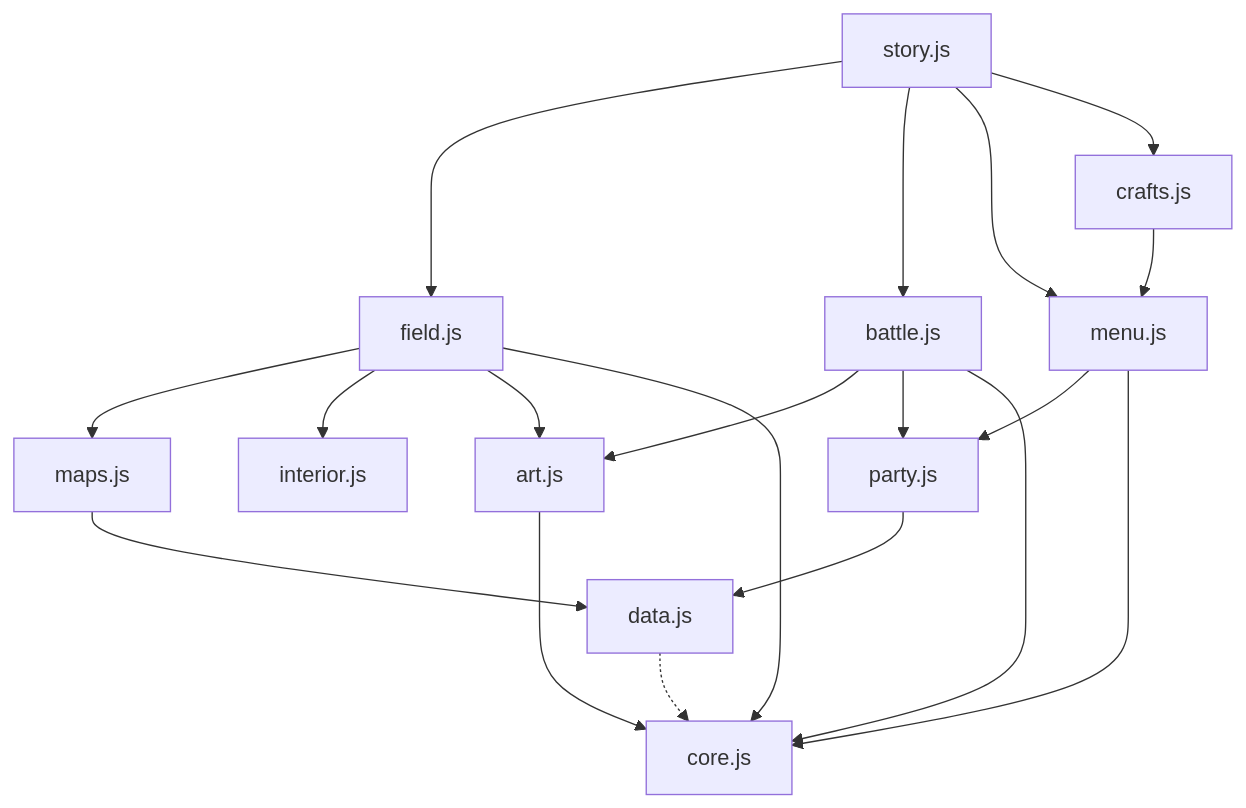
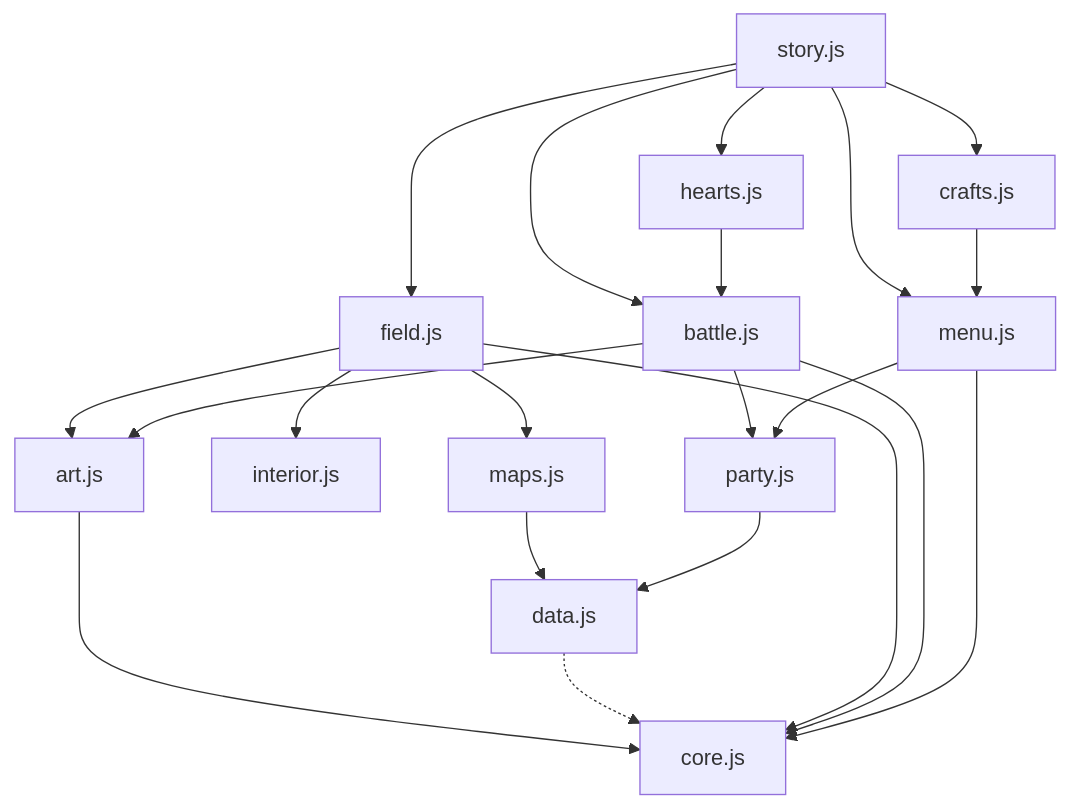
Before and after one commit to CptNope/Laternfall: the second of 13 diagrams in docs/ARCHITECTURE.md, drawn with Mermaid. The commit also changed other lines of this file and 26 other files, not shown here.

````diff
--- a/docs/ARCHITECTURE.md
+++ b/docs/ARCHITECTURE.md
@@ -76,21 +77,23 @@
 ```mermaid
 flowchart TB
     story[story.js] --> field[field.js]
     story --> battle[battle.js]
     story --> menu[menu.js]
     story --> crafts[crafts.js]
+    story --> hearts[hearts.js]
+    hearts --> battle
     crafts --> menu
     field --> maps[maps.js]
     field --> interior[interior.js]
     field --> art[art.js]
     battle --> art
     battle --> party[party.js]
     menu --> party
     maps --> data[data.js]
     party --> data
     art --> core[core.js]
     data -.-> core
     field --> core
     battle --> core
     menu --> core
 ```
````
